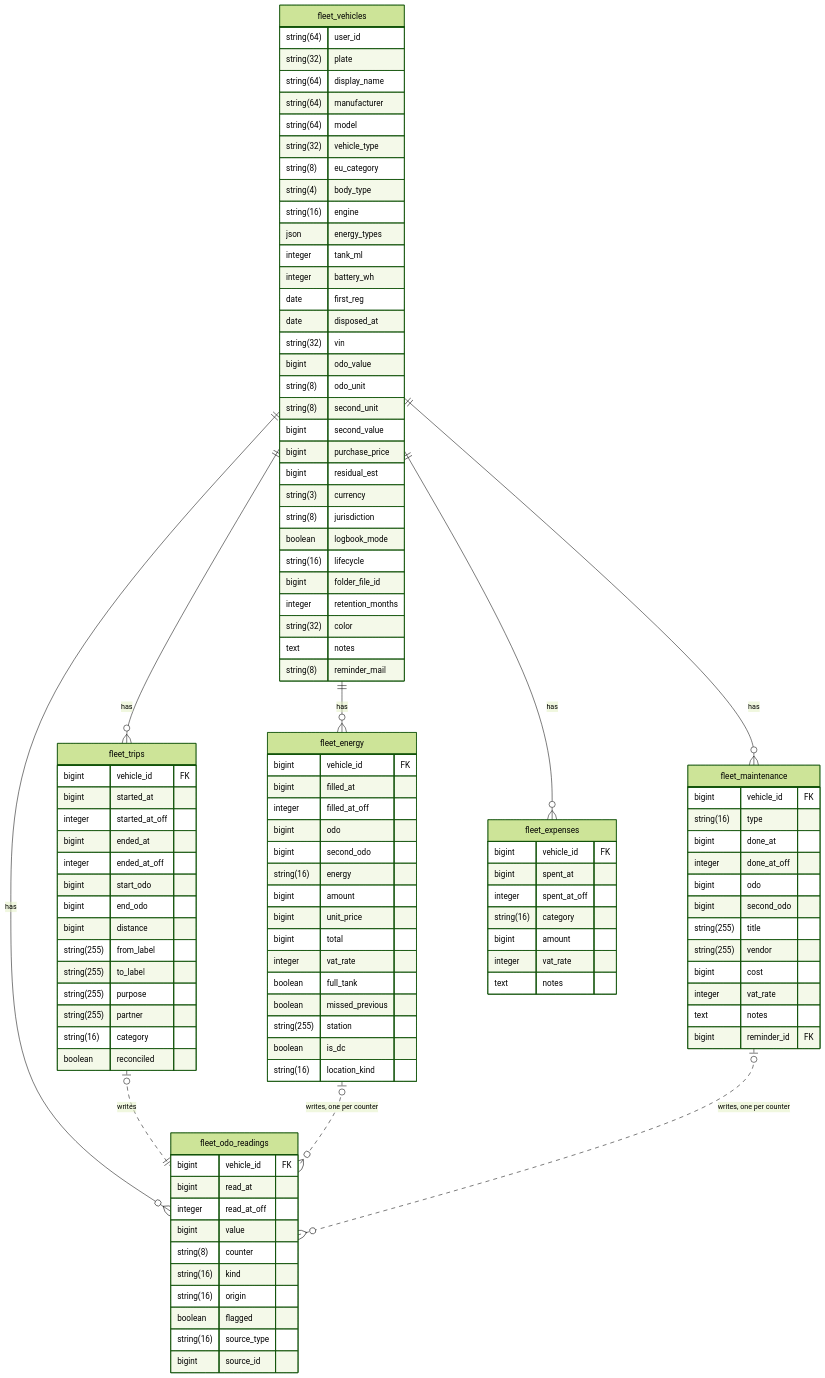
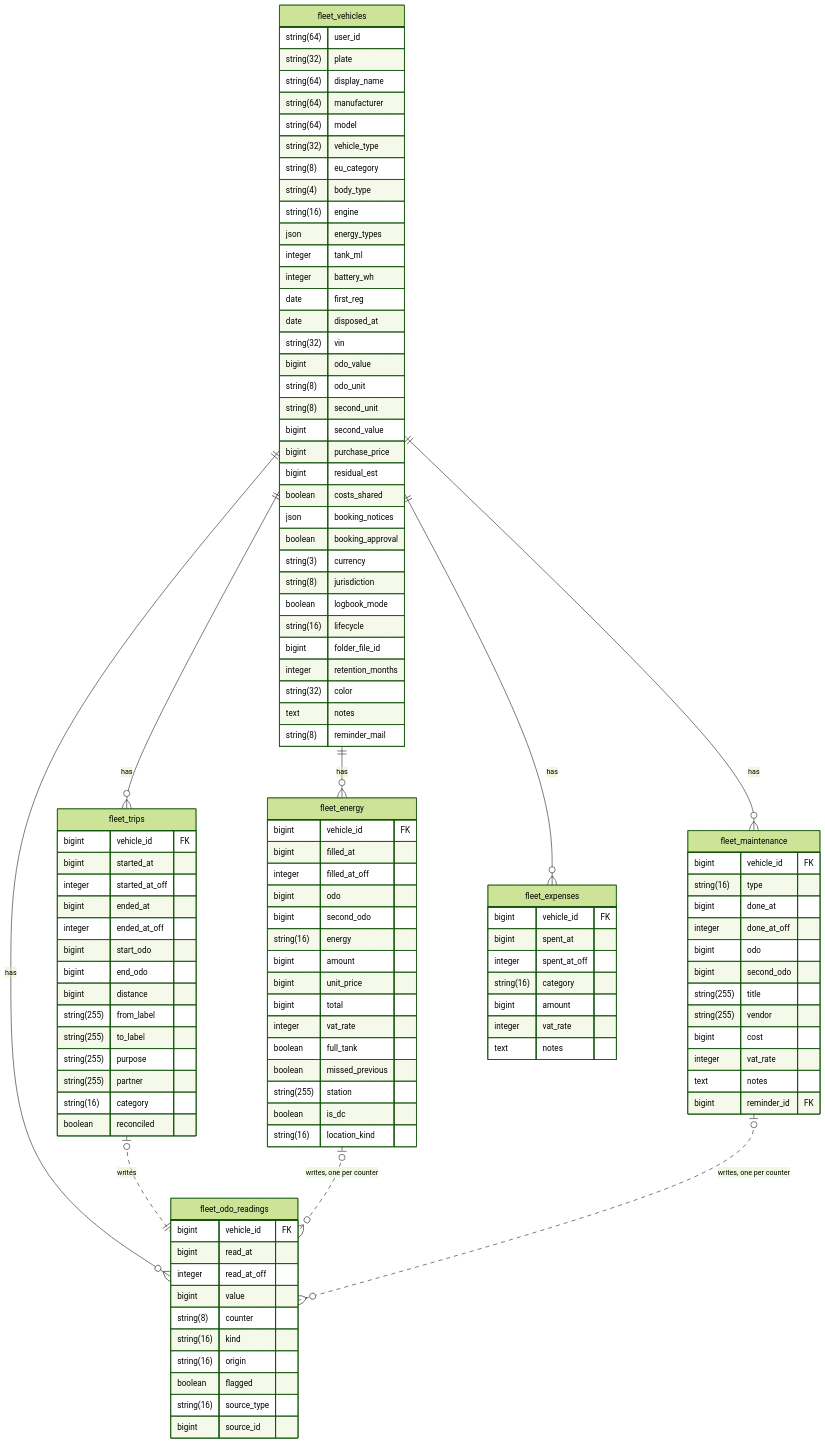
One commit to typical42/next-fleet changed the first of 5 diagrams in docs/design/data-model.md. Above: the diagram before and after it, drawn with Mermaid (forest theme). The commit also changed other lines of this file and 177 other files, not shown here.

```diff
--- a/docs/design/data-model.md
+++ b/docs/design/data-model.md
@@ -51,6 +51,9 @@
         bigint second_value
         bigint purchase_price
         bigint residual_est
+        boolean costs_shared
+        json booking_notices
+        boolean booking_approval
         string(3) currency
         string(8) jurisdiction
         boolean logbook_mode
```
